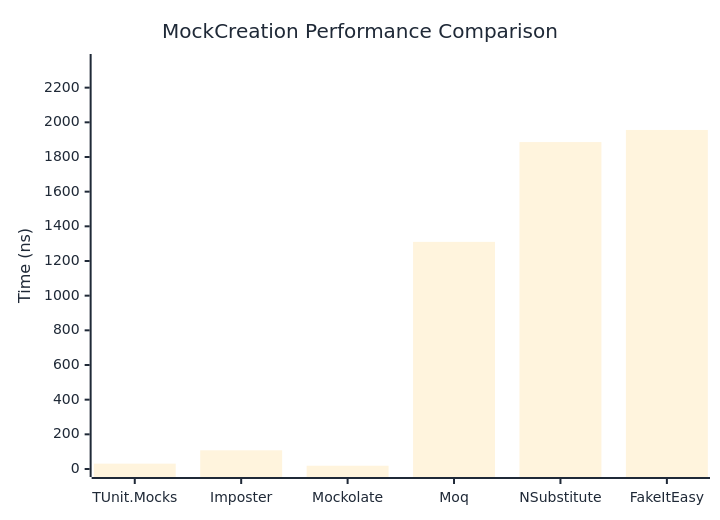
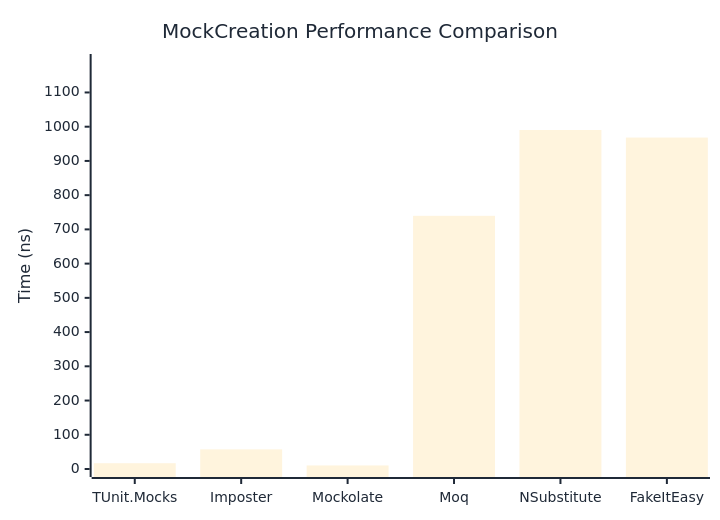
The first of 2 diagrams in docs/docs/benchmarks/mocks/MockCreation.md (thomhurst/TUnit), drawn with Mermaid before and after one commit. The commit also changed other lines of this file and 14 other files, not shown here.

````diff
--- a/docs/docs/benchmarks/mocks/MockCreation.md
+++ b/docs/docs/benchmarks/mocks/MockCreation.md
@@ -30,27 +30,27 @@
 ```mermaid
 %%{init: {
   'theme':'base',
   'themeVariables': {
     'primaryColor': '#2563eb',
     'primaryTextColor': '#1f2937',
     'primaryBorderColor': '#1e40af',
     'lineColor': '#6b7280',
     'secondaryColor': '#7c3aed',
     'tertiaryColor': '#dc2626',
     'background': '#ffffff',
     'pie1': '#2563eb',
     'pie2': '#7c3aed',
     'pie3': '#dc2626',
     'pie4': '#f59e0b',
     'pie5': '#10b981',
     'pie6': '#06b6d4',
     'pie7': '#ec4899',
     'pie8': '#6366f1'
   }
 }}%%
 xychart-beta
   title "MockCreation Performance Comparison"
   x-axis ["TUnit.Mocks", "Imposter", "Mockolate", "Moq", "NSubstitute", "FakeItEasy"]
-  y-axis "Time (ns)" 0 --> 2348
-  bar [30.88, 107.84, 18.91, 1310.23, 1886.02, 1955.92]
+  y-axis "Time (ns)" 0 --> 1189
+  bar [16.9, 57.38, 10.41, 739.61, 990.42, 968.25]
 ```
````
